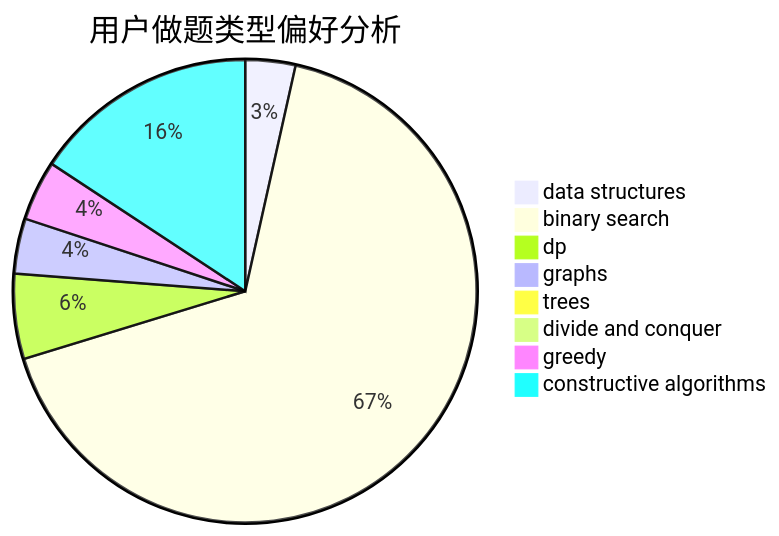
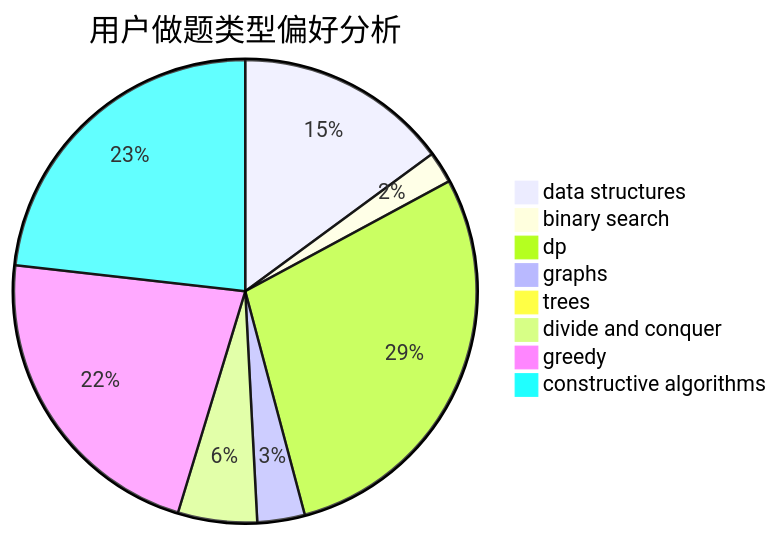
The second of 3 diagrams in docs/user/u1353.md (sherpahu/cfrs.github.io), drawn with Mermaid before and after one commit. The commit also changed other lines of this file and 2770 other files, not shown here.

````diff
--- a/docs/user/u1353.md
+++ b/docs/user/u1353.md
@@ -23,11 +23,11 @@
 ```mermaid
 pie title 用户做题类型偏好分析
-    "data structures" :  10
-    "binary search" :  191
-    "dp" :  17
-    "graphs" :  11
-    "trees" :  1
-    "divide and conquer" :  0
-    "greedy" :  12
-    "constructive algorithms" :  45
+    "data structures" :  27
+    "binary search" :  4
+    "dp" :  52
+    "graphs" :  6
+    "trees" :  0
+    "divide and conquer" :  10
+    "greedy" :  40
+    "constructive algorithms" :  42
 ```
````
